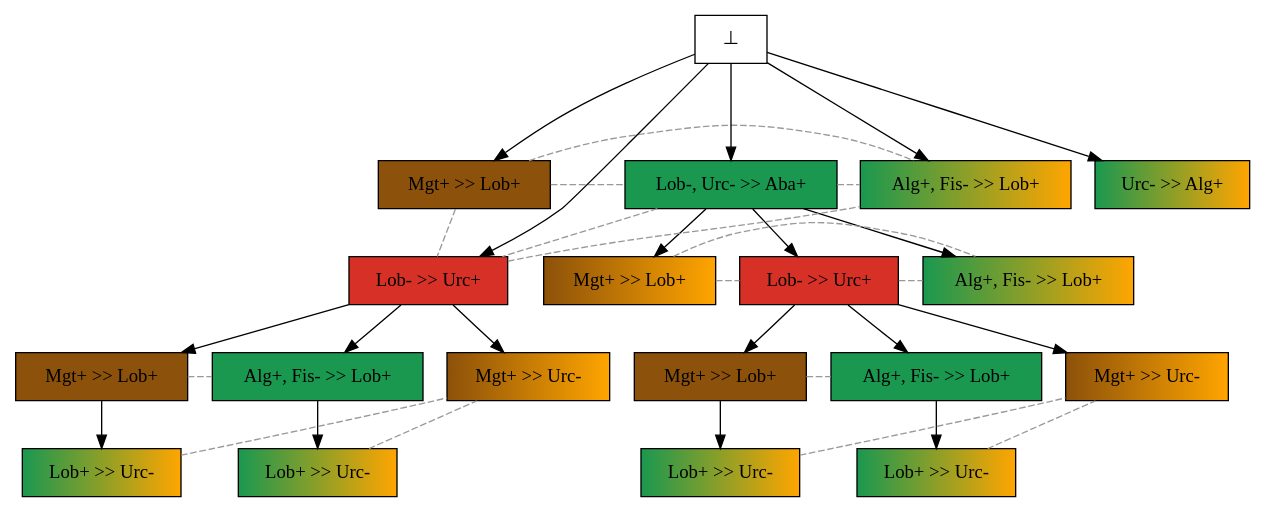
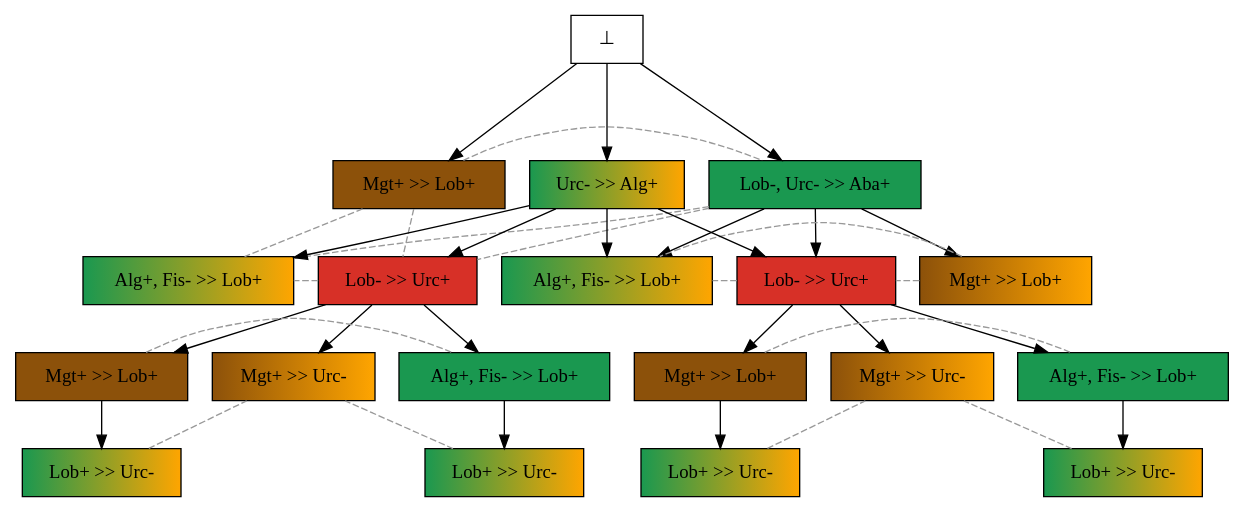
The diagram in examples/oursin_tasmanie/mrk_instances/urc2alg+/sorted/tasmanie_urc2alg_19-30confs/tasmanie_urc2alg_19-30confs_colored_pathway_labels.dot (giannkas/ecofolder), drawn with Graphviz before and after one commit. The commit also changed 41 other files, not shown here.

```diff
--- a/examples/oursin_tasmanie/mrk_instances/urc2alg+/sorted/tasmanie_urc2alg_19-30confs/tasmanie_urc2alg_19-30confs_colored_pathway_labels.dot
+++ b/examples/oursin_tasmanie/mrk_instances/urc2alg+/sorted/tasmanie_urc2alg_19-30confs/tasmanie_urc2alg_19-30confs_colored_pathway_labels.dot
@@ -1,58 +1,60 @@
 digraph test {
 
 //conflicts
 e8 -> e14 [arrowhead=none color=gray60 style=dashed constraint=false];
 e8 -> e24 [arrowhead=none color=gray60 style=dashed constraint=false];
 e8 -> e36 [arrowhead=none color=gray60 style=dashed constraint=false];
 e14 -> e24 [arrowhead=none color=gray60 style=dashed constraint=false];
 e14 -> e36 [arrowhead=none color=gray60 style=dashed constraint=false];
 e24 -> e36 [arrowhead=none color=gray60 style=dashed constraint=false];
 e27 -> e43 [arrowhead=none color=gray60 style=dashed constraint=false];
 e27 -> e59 [arrowhead=none color=gray60 style=dashed constraint=false];
 e43 -> e59 [arrowhead=none color=gray60 style=dashed constraint=false];
 e46 -> e61 [arrowhead=none color=gray60 style=dashed constraint=false];
 e69 -> e88 [arrowhead=none color=gray60 style=dashed constraint=false];
 e291 -> e489 [arrowhead=none color=gray60 style=dashed constraint=false];
 e400 -> e489 [arrowhead=none color=gray60 style=dashed constraint=false];
 e443 -> e595 [arrowhead=none color=gray60 style=dashed constraint=false];
 e525 -> e595 [arrowhead=none color=gray60 style=dashed constraint=false];
 
 e14 -> e27 [minlen=1];
+e12 -> e36 [minlen=1];
+e12 -> e59 [minlen=1];
 e14 -> e59 [minlen=1];
 e88 -> e291 [minlen=1];
 e43 -> e88 [minlen=1];
+e12 -> e43 [minlen=1];
 e14 -> e43 [minlen=1];
 e69 -> e400 [minlen=1];
 e43 -> e69 [minlen=1];
 e61 -> e443 [minlen=1];
 e24 -> e61 [minlen=1];
+e12 -> e24 [minlen=1];
 e43 -> e489 [minlen=1];
 e46 -> e525 [minlen=1];
 e24 -> e46 [minlen=1];
 e24 -> e595 [minlen=1];
 e0 -> e8 [minlen=2];
 e0 -> e12 [minlen=2];
 e0 -> e14 [minlen=2];
-e0 -> e24 [minlen=3];
-e0 -> e36 [minlen=2];
 
 e8 [color="black" fillcolor="#8c510a:#8c510a" label="Mgt+ >> Lob+" shape=box style=filled];
 e12 [color="black" fillcolor="#1a9850:orange" label="Urc- >> Alg+" shape=box style=filled];
 e14 [color="black" fillcolor="#1a9850:#1a9850" label="Lob-, Urc- >> Aba+" shape=box style=filled];
 e24 [color="black" fillcolor="#d73027:#d73027" label="Lob- >> Urc+" shape=box style=filled];
 e27 [color="black" fillcolor="#8c510a:orange" label="Mgt+ >> Lob+" shape=box style=filled];
 e36 [color="black" fillcolor="#1a9850:orange" label="Alg+, Fis- >> Lob+" shape=box style=filled];
 e43 [color="black" fillcolor="#d73027:#d73027" label="Lob- >> Urc+" shape=box style=filled];
 e46 [color="black" fillcolor="#8c510a:#8c510a" label="Mgt+ >> Lob+" shape=box style=filled];
 e59 [color="black" fillcolor="#1a9850:orange" label="Alg+, Fis- >> Lob+" shape=box style=filled];
 e61 [color="black" fillcolor="#1a9850:#1a9850" label="Alg+, Fis- >> Lob+" shape=box style=filled];
 e69 [color="black" fillcolor="#8c510a:#8c510a" label="Mgt+ >> Lob+" shape=box style=filled];
 e88 [color="black" fillcolor="#1a9850:#1a9850" label="Alg+, Fis- >> Lob+" shape=box style=filled];
 e291 [color="black" fillcolor="#1a9850:orange" label="Lob+ >> Urc-" shape=box style=filled];
 e400 [color="black" fillcolor="#1a9850:orange" label="Lob+ >> Urc-" shape=box style=filled];
 e443 [color="black" fillcolor="#1a9850:orange" label="Lob+ >> Urc-" shape=box style=filled];
 e489 [color="black" fillcolor="#8c510a:orange" label="Mgt+ >> Urc-" shape=box style=filled];
 e525 [color="black" fillcolor="#1a9850:orange" label="Lob+ >> Urc-" shape=box style=filled];
 e595 [color="black" fillcolor="#8c510a:orange" label="Mgt+ >> Urc-" shape=box style=filled];
 e0 [fillcolor="white" label="⊥" shape=box style=filled];
 }
```
